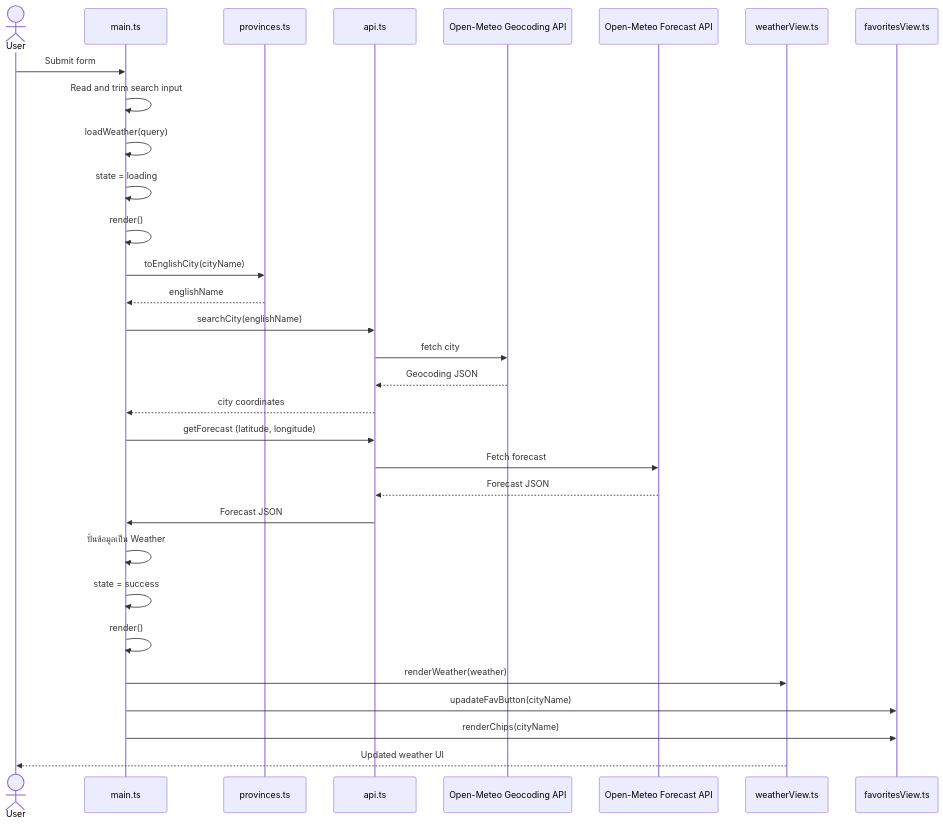
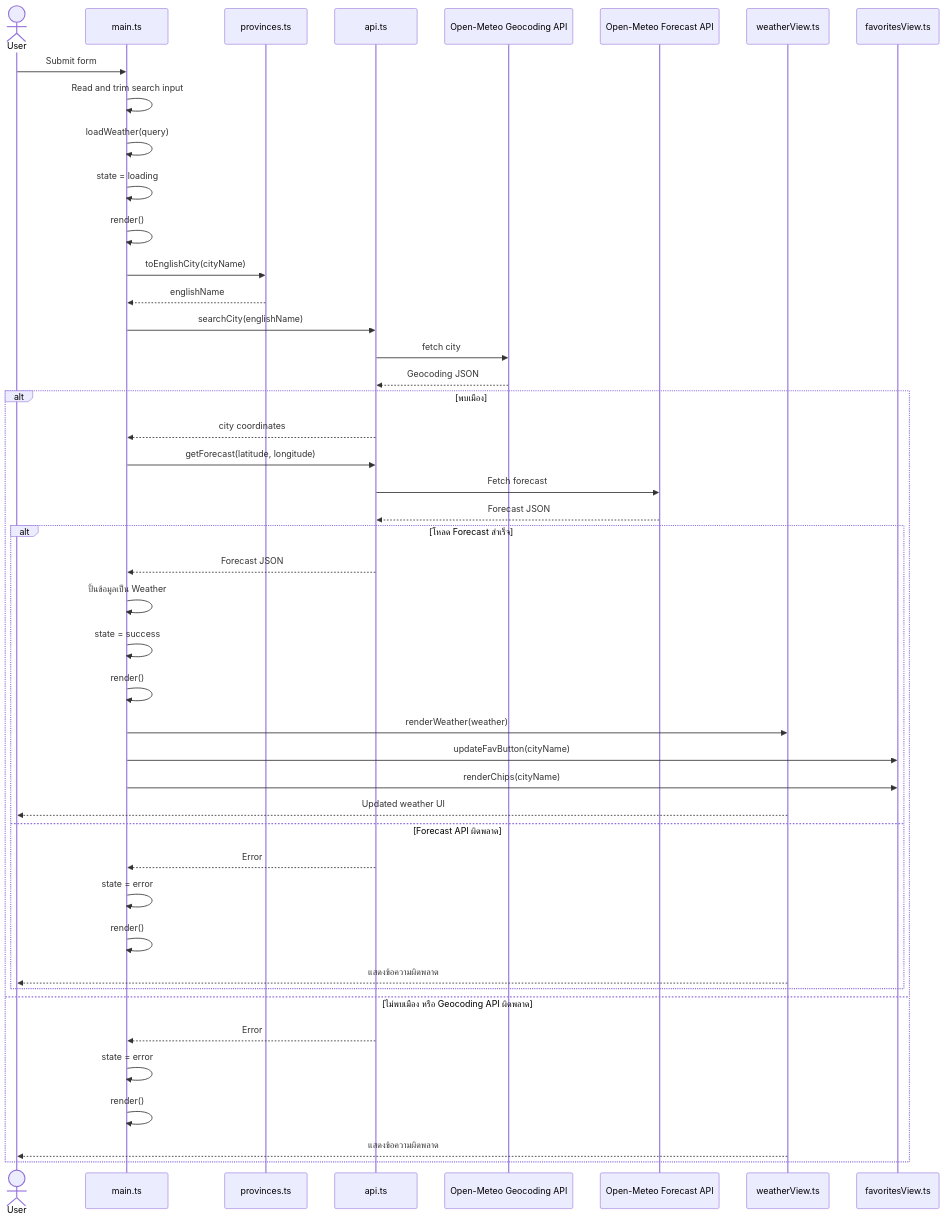
Before and after one commit to kxitta00/weather-explorer: the first of 2 diagrams in ARCHITECTURE.md, drawn with Mermaid. The commit also changed other lines of this file, not shown here.

Commit message:
docs: add favorite toggle flow and error handling sequence diagrams

````diff
--- a/ARCHITECTURE.md
+++ b/ARCHITECTURE.md
@@ -148,34 +148,51 @@
 ```mermaid
 sequenceDiagram
 actor User
 participant Main as main.ts
 participant Province as provinces.ts
 participant API as api.ts
 participant Geo as Open-Meteo Geocoding API
 participant Forecast as Open-Meteo Forecast API
 participant WeatherView as weatherView.ts
 participant FavoritesView as favoritesView.ts
 
 User->>Main: Submit form
 Main->>Main: Read and trim search input
 Main->>Main: loadWeather(query)
 Main->>Main: state = loading
 Main->>Main: render()
 Main->>Province: toEnglishCity(cityName)
 Province-->>Main: englishName
 Main->>API: searchCity(englishName)
 API->>Geo: fetch city
 Geo-->>API: Geocoding JSON
-API-->>Main: city coordinates
-Main->>API: getForecast (latitude, longitude)
-API->>Forecast: Fetch forecast
-Forecast-->>API: Forecast JSON
-API->>Main: Forecast JSON
-Main->>Main: ปั้นข้อมูลเป็น Weather
-Main->>Main: state = success
-Main->>Main: render()
-Main->>WeatherView: renderWeather(weather)
-Main->>FavoritesView: upadateFavButton(cityName)
-Main->>FavoritesView: renderChips(cityName)
-WeatherView-->>User: Updated weather UI
+
+alt พบเมือง
+  API-->>Main: city coordinates
+  Main->>API: getForecast(latitude, longitude)
+  API->>Forecast: Fetch forecast
+  Forecast-->>API: Forecast JSON
+
+  alt โหลด Forecast สำเร็จ
+    API-->>Main: Forecast JSON
+    Main->>Main: ปั้นข้อมูลเป็น Weather
+    Main->>Main: state = success
+    Main->>Main: render()
+    Main->>WeatherView: renderWeather(weather)
+    Main->>FavoritesView: updateFavButton(cityName)
+    Main->>FavoritesView: renderChips(cityName)
+    WeatherView-->>User: Updated weather UI
+  else Forecast API ผิดพลาด
+    API-->>Main: Error
+    Main->>Main: state = error
+    Main->>Main: render()
+    WeatherView-->>User: แสดงข้อความผิดพลาด
+  end
+
+else ไม่พบเมือง หรือ Geocoding API ผิดพลาด
+  API-->>Main: Error
+  Main->>Main: state = error
+  Main->>Main: render()
+  WeatherView-->>User: แสดงข้อความผิดพลาด
+end
 ```
````
